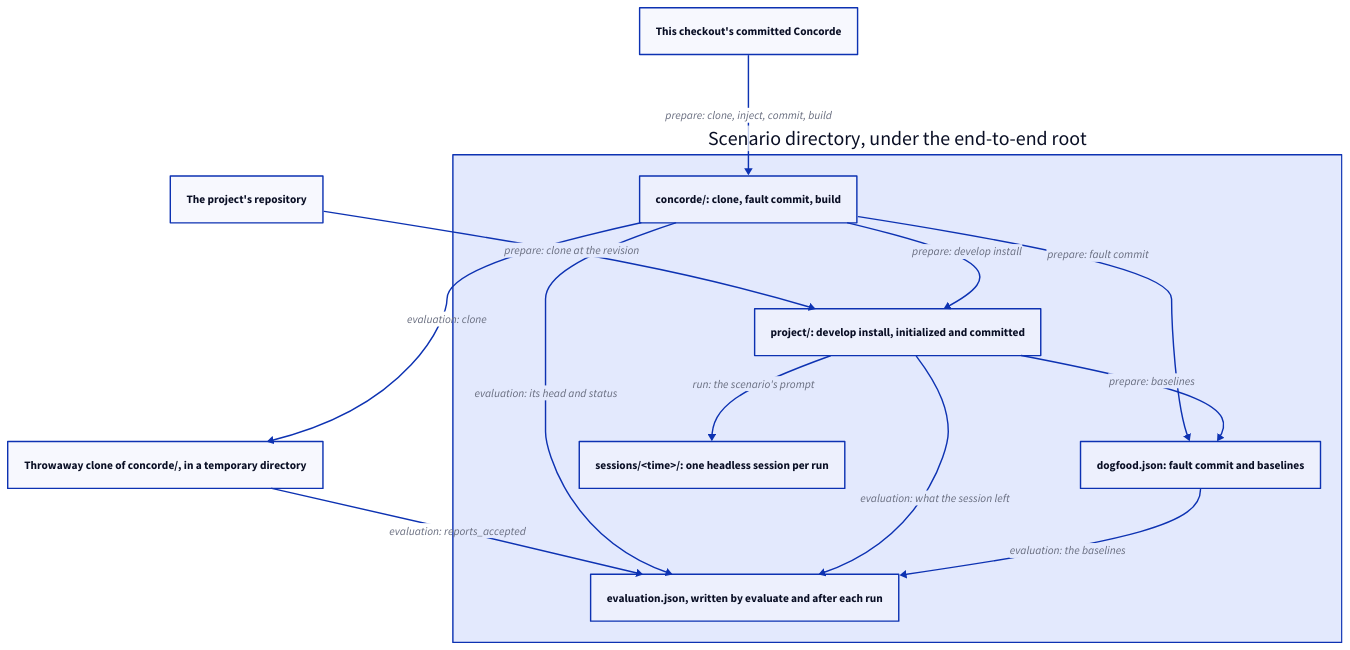
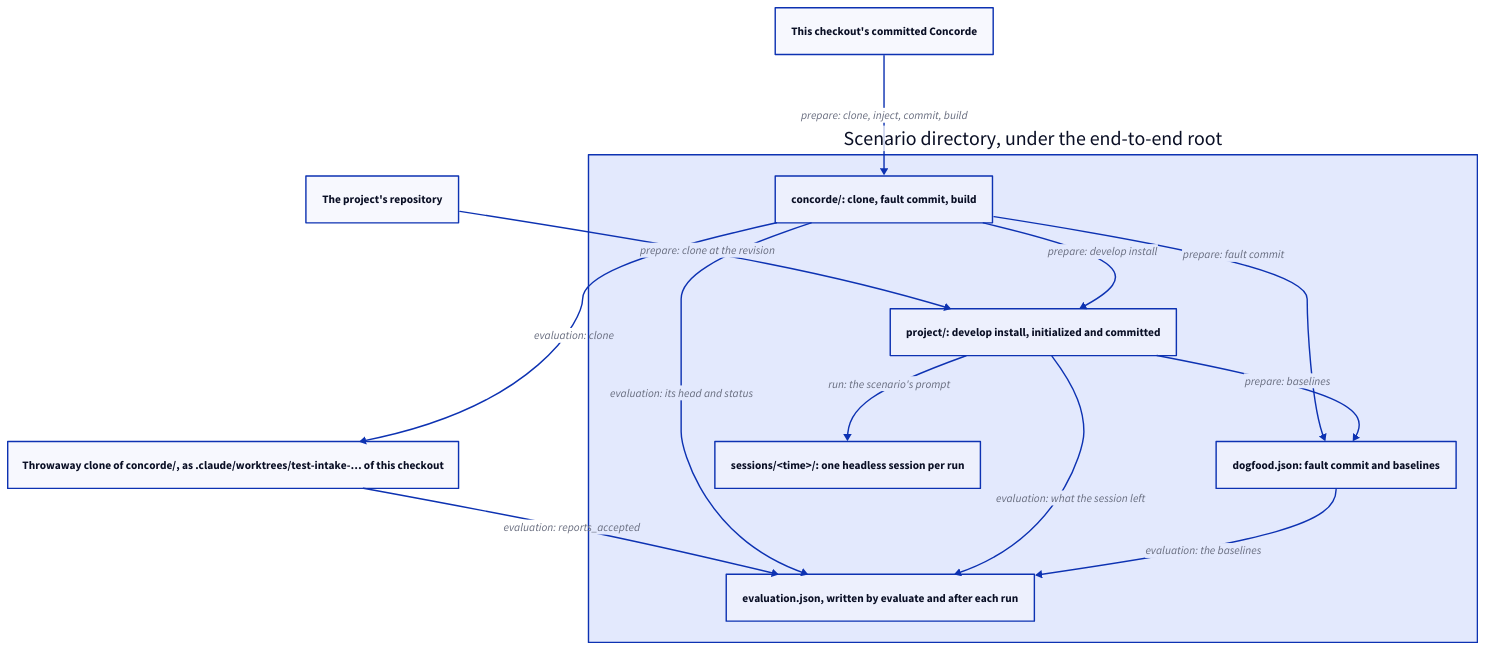
Before and after one commit to FTOD/concorde: the second of 2 diagrams in specs/concorde/e2e/dogfood/module.md, drawn with D2. The commit also changed other lines of this file and 33 other files, not shown here.

First line of the commit message:
Hide every Git administrative path from workers; workers run only in .claude/worktrees

````diff
--- a/specs/concorde/e2e/dogfood/module.md
+++ b/specs/concorde/e2e/dogfood/module.md
@@ -96,24 +97,24 @@
 ```d2 illustrative
 direction: down
 checkout: "This checkout's committed Concorde"
 upstream: "The project's repository"
 dir: "Scenario directory, under the end-to-end root" {
   concorde: "concorde/: clone, fault commit, build"
   project: "project/: develop install, initialized and committed"
   record: "dogfood.json: fault commit and baselines"
   sessions: "sessions/<time>/: one headless session per run"
   evaluation: "evaluation.json, written by evaluate and after each run"
 }
-throwaway: "Throwaway clone of concorde/, in a temporary directory"
+throwaway: "Throwaway clone of concorde/, as .claude/worktrees/test-intake-… of this checkout"
 checkout -> dir.concorde: "prepare: clone, inject, commit, build"
 upstream -> dir.project: "prepare: clone at the revision"
 dir.concorde -> dir.project: "prepare: develop install"
 dir.concorde -> dir.record: "prepare: fault commit"
 dir.project -> dir.record: "prepare: baselines"
 dir.project -> dir.sessions: "run: the scenario's prompt"
 dir.concorde -> throwaway: "evaluation: clone"
 throwaway -> dir.evaluation: "evaluation: reports_accepted"
 dir.concorde -> dir.evaluation: "evaluation: its head and status"
 dir.project -> dir.evaluation: "evaluation: what the session left"
 dir.record -> dir.evaluation: "evaluation: the baselines"
 ```
````
